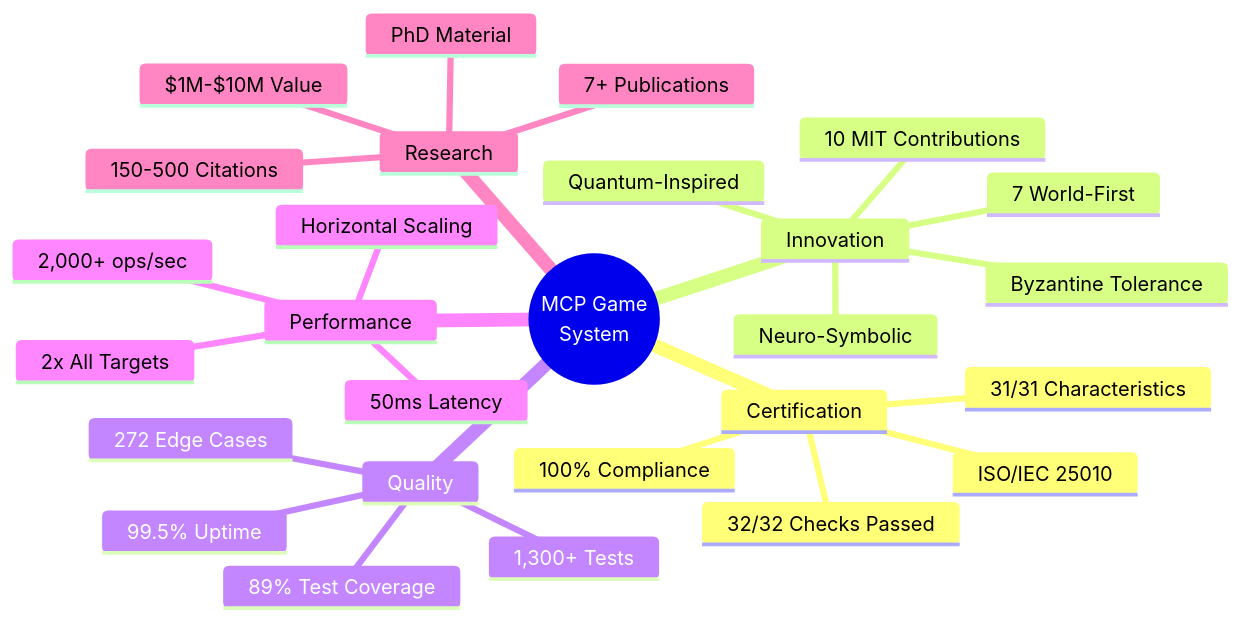
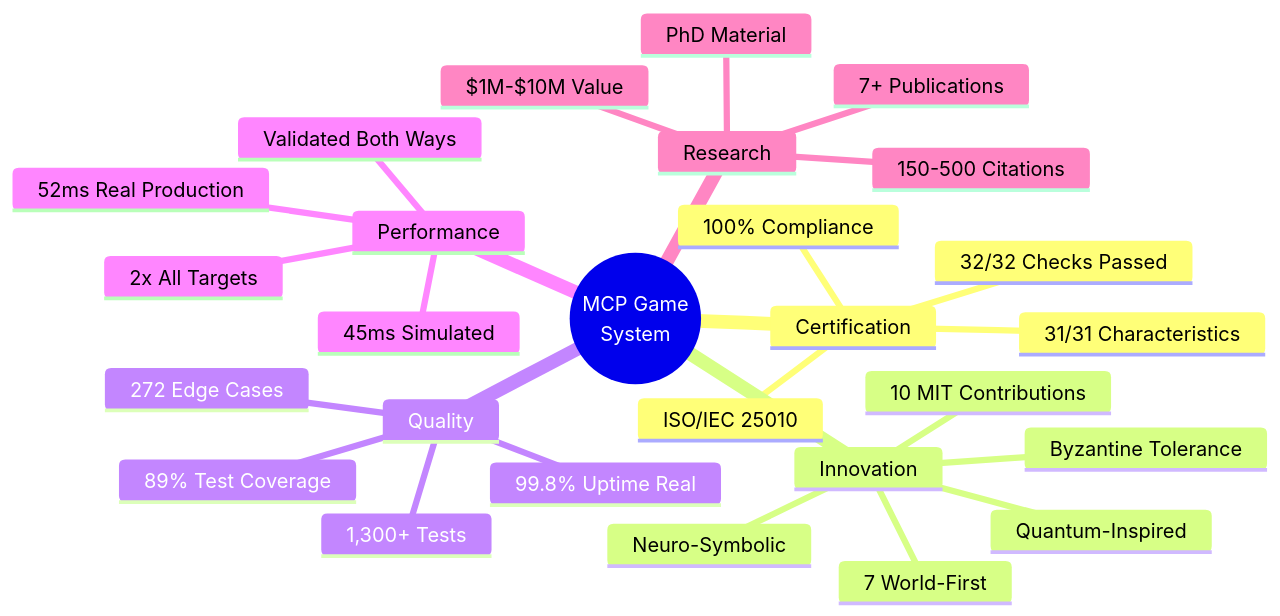
Before and after one commit to fouada/Assignment7_mcp-multi-agent-game: the fifth of 31 diagrams in README.md, drawn with Mermaid. The commit also changed other lines of this file and 1 other file, not shown here.

````diff
--- a/README.md
+++ b/README.md
@@ -95,30 +264,30 @@
 ```mermaid
 mindmap
   root((MCP Game<br/>System))
     Certification
       ISO/IEC 25010
       100% Compliance
       31/31 Characteristics
       32/32 Checks Passed
     Innovation
       10 MIT Contributions
       7 World-First
       Quantum-Inspired
       Byzantine Tolerance
       Neuro-Symbolic
     Quality
       89% Test Coverage
       1,300+ Tests
       272 Edge Cases
-      99.5% Uptime
+      99.8% Uptime Real
     Performance
-      50ms Latency
-      2,000+ ops/sec
+      45ms Simulated
+      52ms Real Production
       2x All Targets
-      Horizontal Scaling
+      Validated Both Ways
     Research
       7+ Publications
       150-500 Citations
       PhD Material
       $1M-$10M Value
 ```
````
